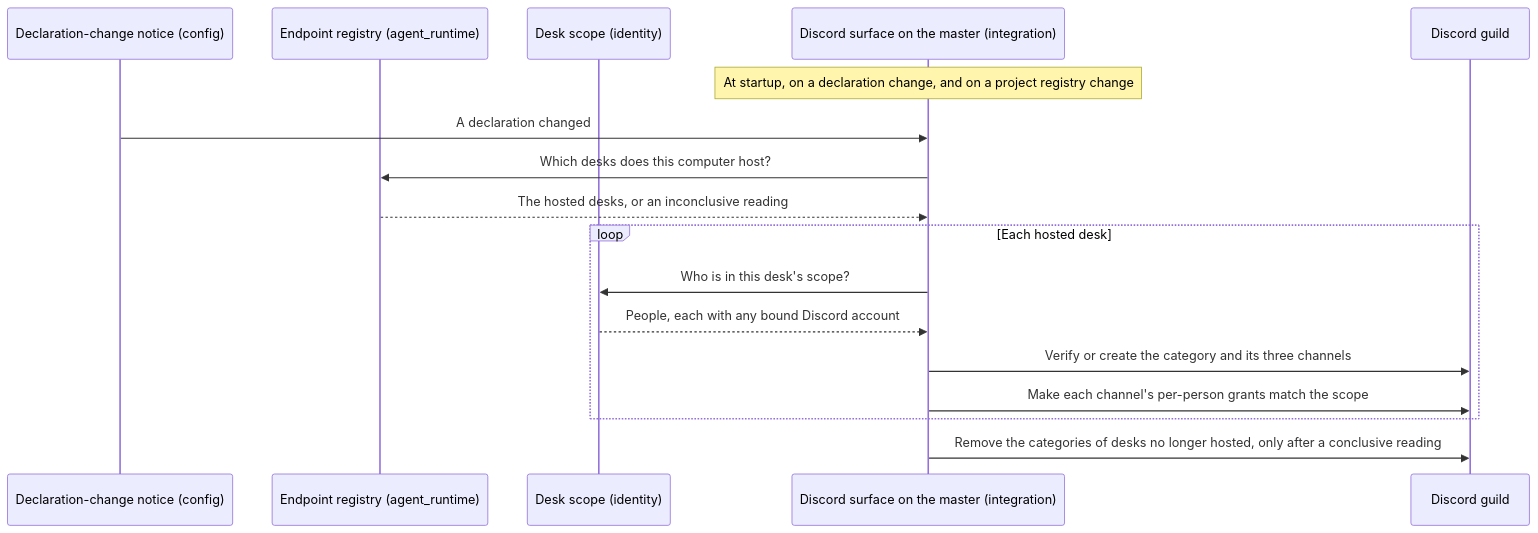
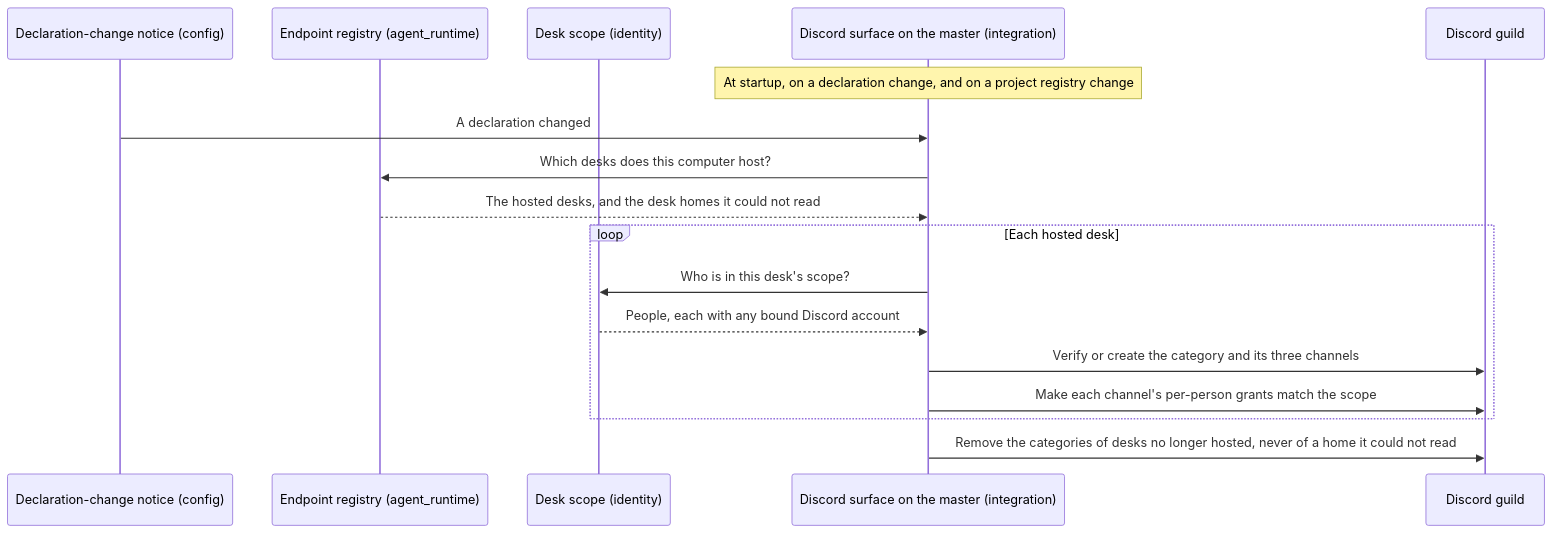
One commit to InstruktAI/TeleClaude changed diagram 13 of 14 in docs/local/design/architecture/help-desk-platform.md. Above: the diagram before and after it, drawn with Mermaid. The commit also changed other lines of this file and 4 other files, not shown here.

First line of the commit message:
docs(help-desk): hosted-desk answer owned by the endpoint registry, shipped escalation-forum limit, shared child-ownership design retired [skip ci]

````diff
--- a/docs/local/design/architecture/help-desk-platform.md
+++ b/docs/local/design/architecture/help-desk-platform.md
@@ -872,20 +872,20 @@
 ```mermaid
 sequenceDiagram
     participant Notice as Declaration-change notice (config)
     participant Registry as Endpoint registry (agent_runtime)
     participant Scope as Desk scope (identity)
     participant Master as Discord surface on the master (integration)
     participant Guild as Discord guild
 
     Note over Master: At startup, on a declaration change, and on a project registry change
     Notice->>Master: A declaration changed
     Master->>Registry: Which desks does this computer host?
-    Registry-->>Master: The hosted desks, or an inconclusive reading
+    Registry-->>Master: The hosted desks, and the desk homes it could not read
     loop Each hosted desk
         Master->>Scope: Who is in this desk's scope?
         Scope-->>Master: People, each with any bound Discord account
         Master->>Guild: Verify or create the category and its three channels
         Master->>Guild: Make each channel's per-person grants match the scope
     end
-    Master->>Guild: Remove the categories of desks no longer hosted, only after a conclusive reading
+    Master->>Guild: Remove the categories of desks no longer hosted, never of a home it could not read
 ```
````
